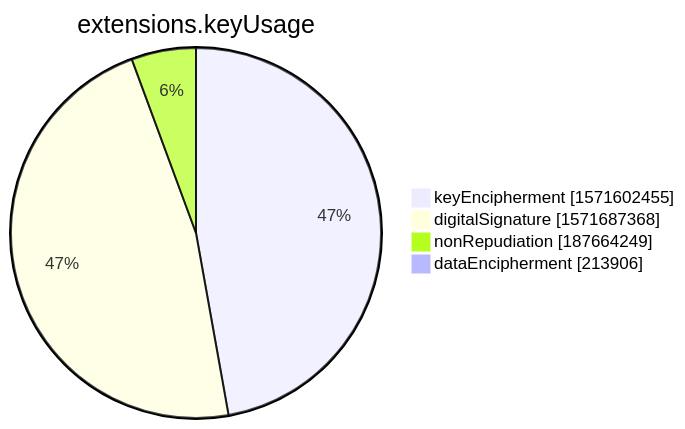
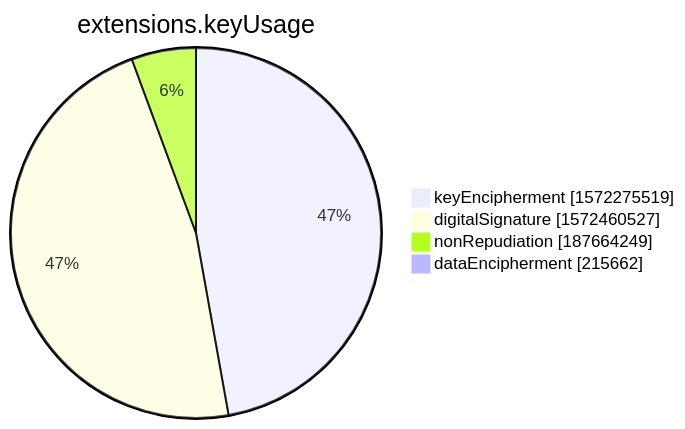
One commit to christiankrug/ctmonitor_visualization changed the seventh of 15 diagrams in xenon2022/README.md. Above: the diagram before and after it, drawn with Mermaid. The commit also changed other lines of this file, not shown here.

````diff
--- a/xenon2022/README.md
+++ b/xenon2022/README.md
@@ -2853,8 +2853,8 @@
 ```mermaid
 pie showData
 title extensions.keyUsage
-"keyEncipherment" :1571602455
-"digitalSignature" :1571687368
+"keyEncipherment" :1572275519
+"digitalSignature" :1572460527
 "nonRepudiation" :187664249
-"dataEncipherment" :213906
+"dataEncipherment" :215662
 ```
````
